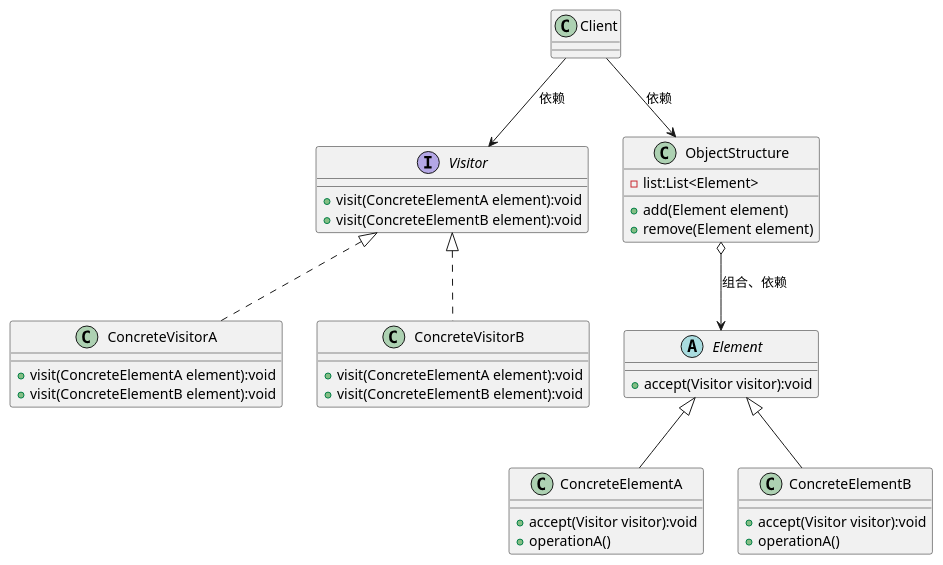
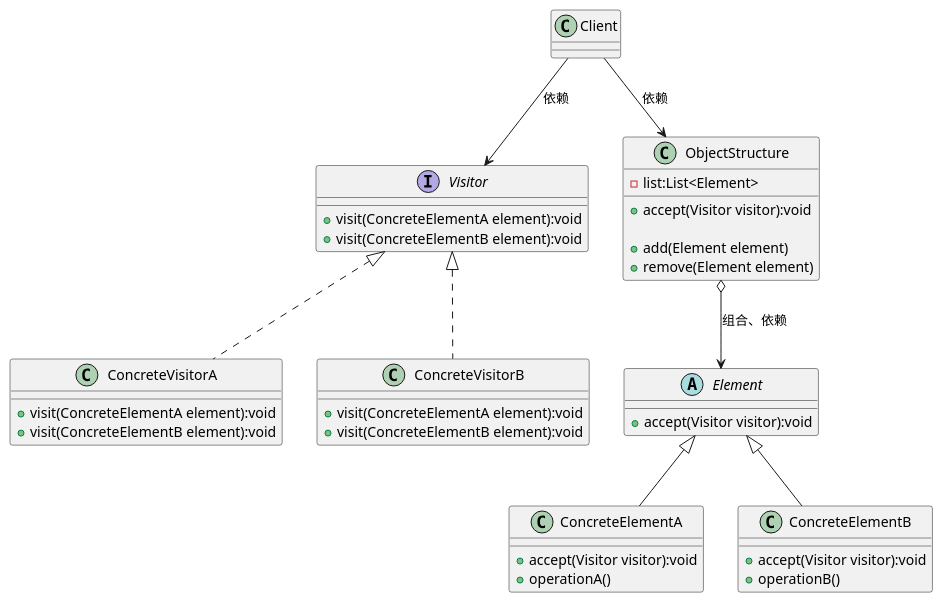
The diagram in src/main/java/chapter68/Visitor.puml (wuxiongbo/design_patterns), drawn with PlantUML before and after one commit. The commit also changed 7 other files, not shown here.

```diff
--- a/src/main/java/chapter68/Visitor.puml
+++ b/src/main/java/chapter68/Visitor.puml
@@ -1,54 +1,62 @@
 @startuml
 'https://plantuml.com/class-diagram
+' https://blog.csdn.net/scoryy/article/details/123667176
+
 ' 结构对象 ObjectStructure
 ' 元素  Element
+' 上面是稳定结构
+
 ' 访问者 Visitor
+' 上面是变化结构
+
 
 interface Visitor {
     + visit(ConcreteElementA element):void
     + visit(ConcreteElementB element):void
 }
 class ConcreteVisitorA implements Visitor{
     + visit(ConcreteElementA element):void
     + visit(ConcreteElementB element):void
 }
 class ConcreteVisitorB implements Visitor{
     + visit(ConcreteElementA element):void
     + visit(ConcreteElementB element):void
 }
 
 
 abstract class Element {
     + accept(Visitor visitor):void
 }
 class ConcreteElementA extends Element{
     + accept(Visitor visitor):void
     + operationA()
 }
 class ConcreteElementB extends Element{
     + accept(Visitor visitor):void
-    + operationA()
+    + operationB()
 }
 class ObjectStructure{
     - list:List<Element>
+
+    + accept(Visitor visitor):void
 
     + add(Element element)
     + remove(Element element)
 }
 
 
 ' 分组
 together {
     abstract class Element
     class ConcreteElementA
     class ConcreteElementB
     class ObjectStructure
 }
 
 
 ObjectStructure o--> Element : 组合、依赖
 Client --> Visitor : 依赖
 Client --> ObjectStructure : 依赖
 
 
 @enduml
```
